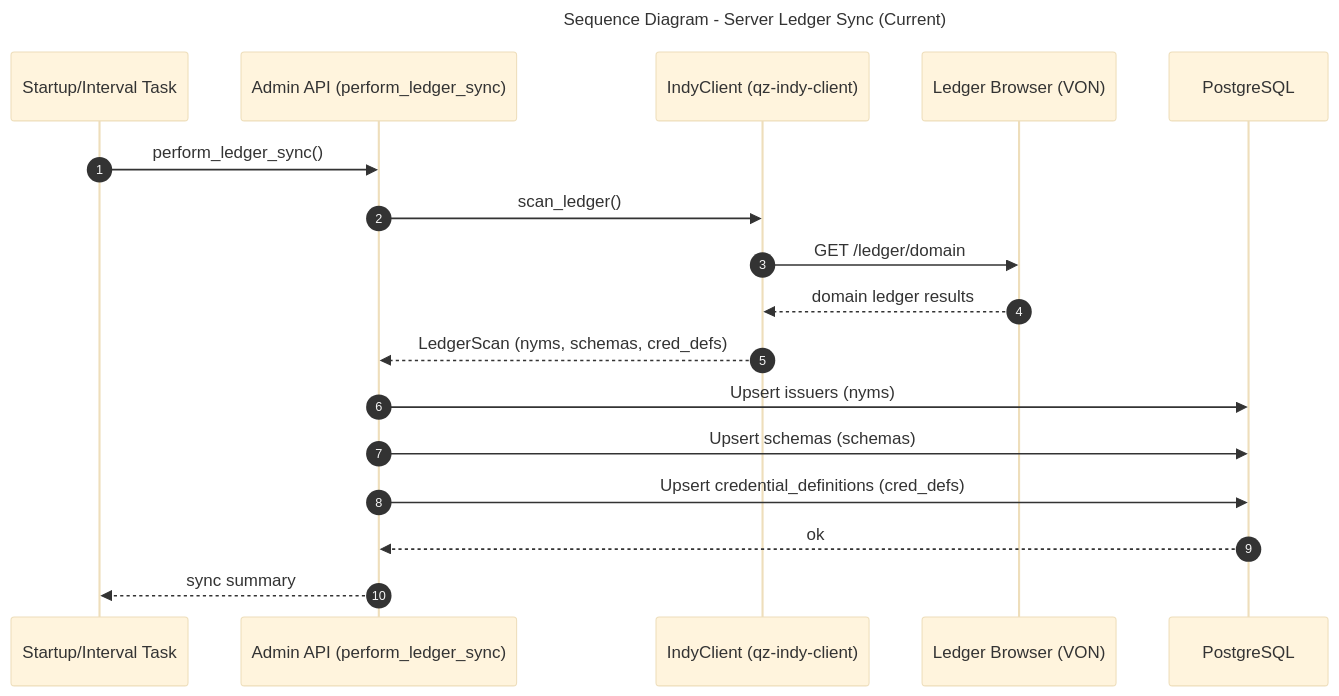
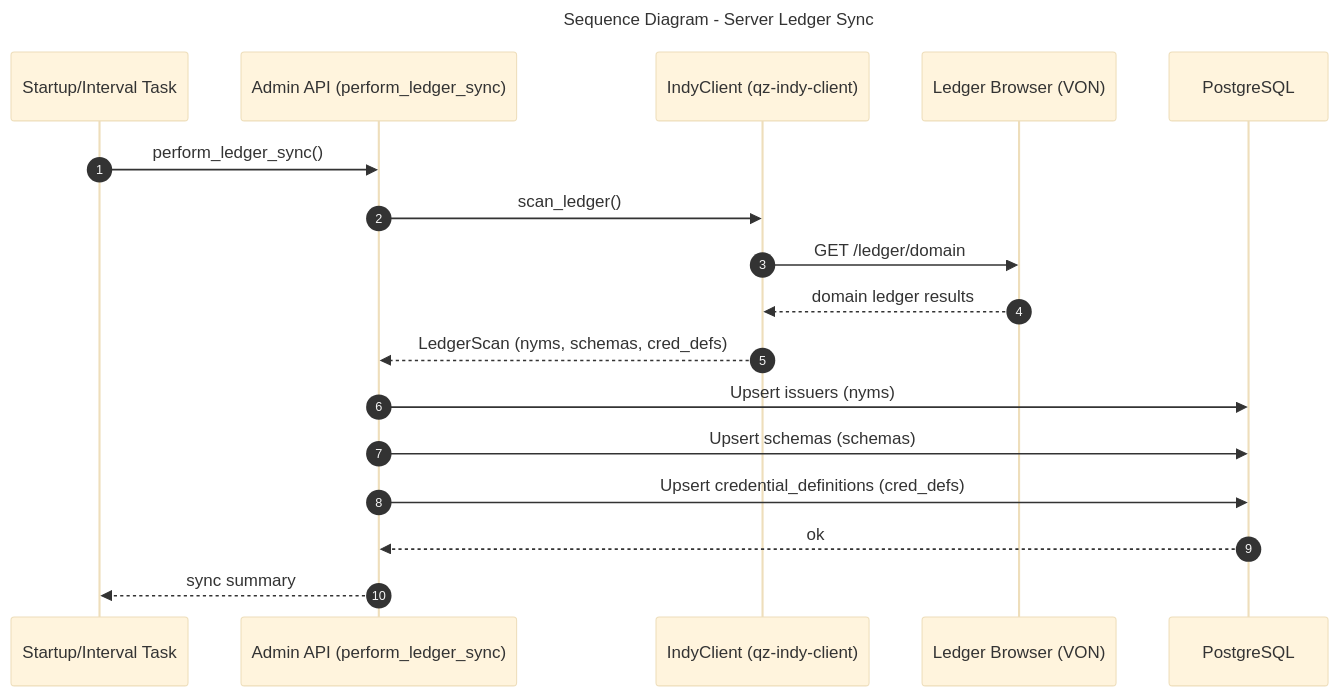
One commit to CHATEAUFORGE-LLC/QuantumZero changed the diagram in diagrams/sequence-server-ledger-sync.mmd. Above: the diagram before and after it, drawn with Mermaid. The commit also changed 53 other files, not shown here.

Commit message:
diagram refinement in preperation for sequence diagram review and enhancment

```diff
--- a/diagrams/sequence-server-ledger-sync.mmd
+++ b/diagrams/sequence-server-ledger-sync.mmd
@@ -1,26 +1,24 @@
 ---
-title: Sequence Diagram - Server Ledger Sync (Current)
+title: Sequence Diagram - Server Ledger Sync
 config:
   theme: base
 ---
 %% QuantumZero UML palette note: actors/external=#fff7e6/#b45309, system/component=#e0f2fe/#075985, datastore=#ecfccb/#4d7c0f, notes=#fff9c4/#d97706. Aligns diagrams to Deliverable 1 UML/DFD theme.
 %% Implements: QuantumZero-server/services/admin-api/src/main.rs (startup + periodic task) and handlers.rs (perform_ledger_sync)
 sequenceDiagram
-  autonumber
-  participant Timer as Startup/Interval Task
-  participant API as Admin API (perform_ledger_sync)
-  participant Indy as IndyClient (qz-indy-client)
-  participant Ledger as Ledger Browser (VON)
-  participant DB as PostgreSQL
-
-  Timer->>API: perform_ledger_sync()
-  API->>Indy: scan_ledger()
-  Indy->>Ledger: GET /ledger/domain
-  Ledger-->>Indy: domain ledger results
-  Indy-->>API: LedgerScan (nyms, schemas, cred_defs)
-
-  API->>DB: Upsert issuers (nyms)
-  API->>DB: Upsert schemas (schemas)
-  API->>DB: Upsert credential_definitions (cred_defs)
-  DB-->>API: ok
-  API-->>Timer: sync summary
+ autonumber
+ participant Timer as Startup/Interval Task
+ participant API as Admin API (perform_ledger_sync)
+ participant Indy as IndyClient (qz-indy-client)
+ participant Ledger as Ledger Browser (VON)
+ participant DB as PostgreSQL
+ Timer->>API: perform_ledger_sync()
+ API->>Indy: scan_ledger()
+ Indy->>Ledger: GET /ledger/domain
+ Ledger-->>Indy: domain ledger results
+ Indy-->>API: LedgerScan (nyms, schemas, cred_defs)
+ API->>DB: Upsert issuers (nyms)
+ API->>DB: Upsert schemas (schemas)
+ API->>DB: Upsert credential_definitions (cred_defs)
+ DB-->>API: ok
+ API-->>Timer: sync summary
```
